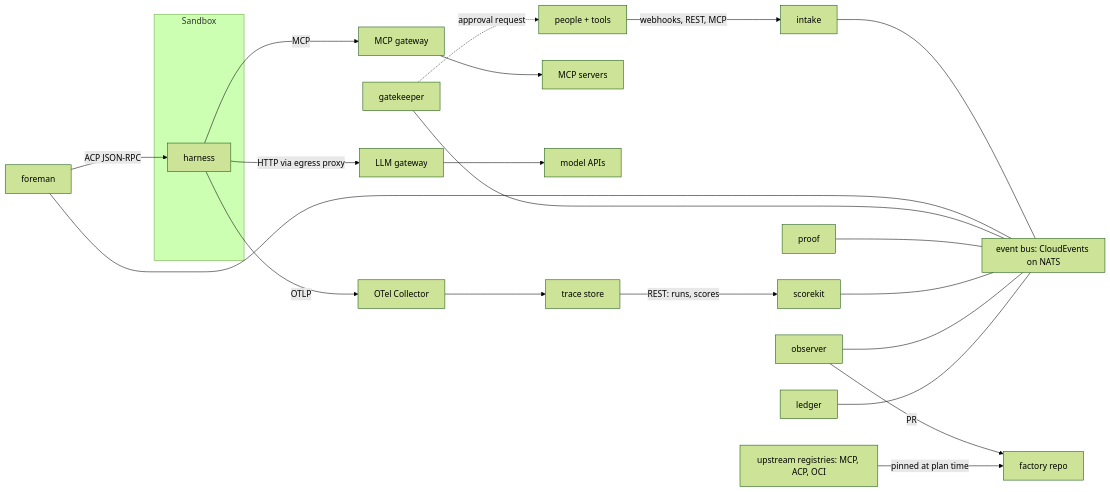
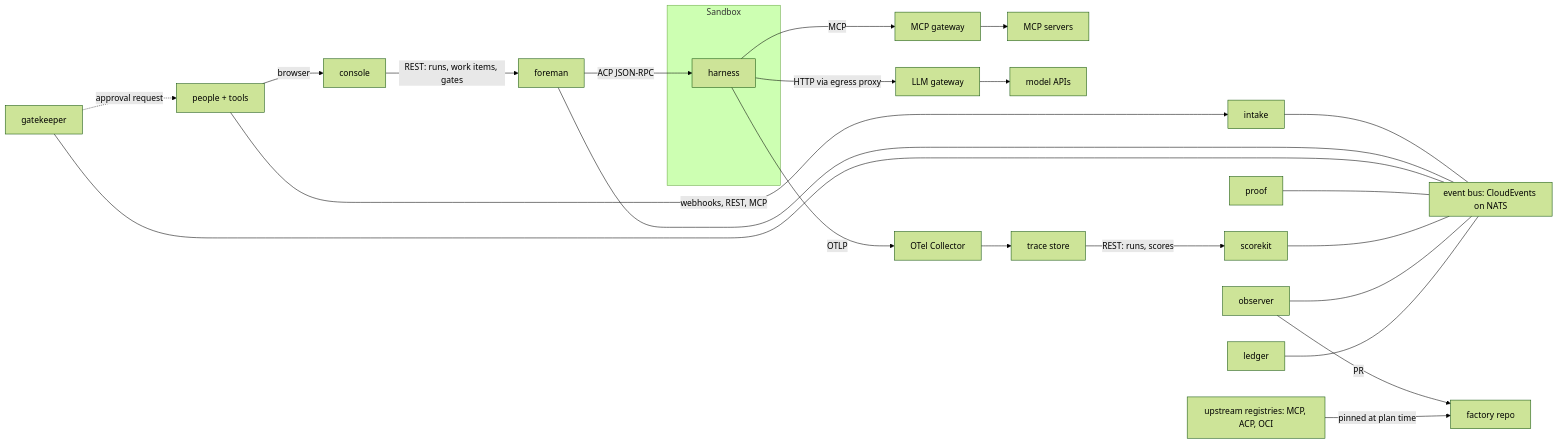
One commit to sesigl/open-software-factory changed the diagram in docs/architecture/internals.md. Above: the diagram before and after it, drawn with Mermaid (forest theme). The commit also changed 60 other files, not shown here.

First line of the commit message:
feat(console): T-18 the read-only web view of runs, their origin and evidence, and the factory's configuration (#130)

````diff
--- a/docs/architecture/internals.md
+++ b/docs/architecture/internals.md
@@ -123,24 +123,26 @@
 ```mermaid
 flowchart LR
   P[people + tools] -->|webhooks, REST, MCP| IN[intake]
   subgraph Bus[event bus: CloudEvents on NATS]
   end
   IN --- Bus
   FO[foreman] --- Bus
   GK[gatekeeper] --- Bus
   PR[proof] --- Bus
   SK[scorekit] --- Bus
   OB[observer] --- Bus
   LG[ledger] --- Bus
   GK -.->|approval request| P
   FO -->|ACP JSON-RPC| H
   subgraph Sandbox
     H[harness]
   end
   H -->|MCP| MG[MCP gateway] --> MS[MCP servers]
   H -->|HTTP via egress proxy| LG2[LLM gateway] --> M[model APIs]
   H -->|OTLP| OC[OTel Collector] --> T[trace store]
   T -->|REST: runs, scores| SK
   OB -->|PR| R[factory repo]
+  P -->|browser| CO[console]
+  CO -->|REST: runs, work items, gates| FO
   U[upstream registries: MCP, ACP, OCI] -->|pinned at plan time| R
 ```
````
